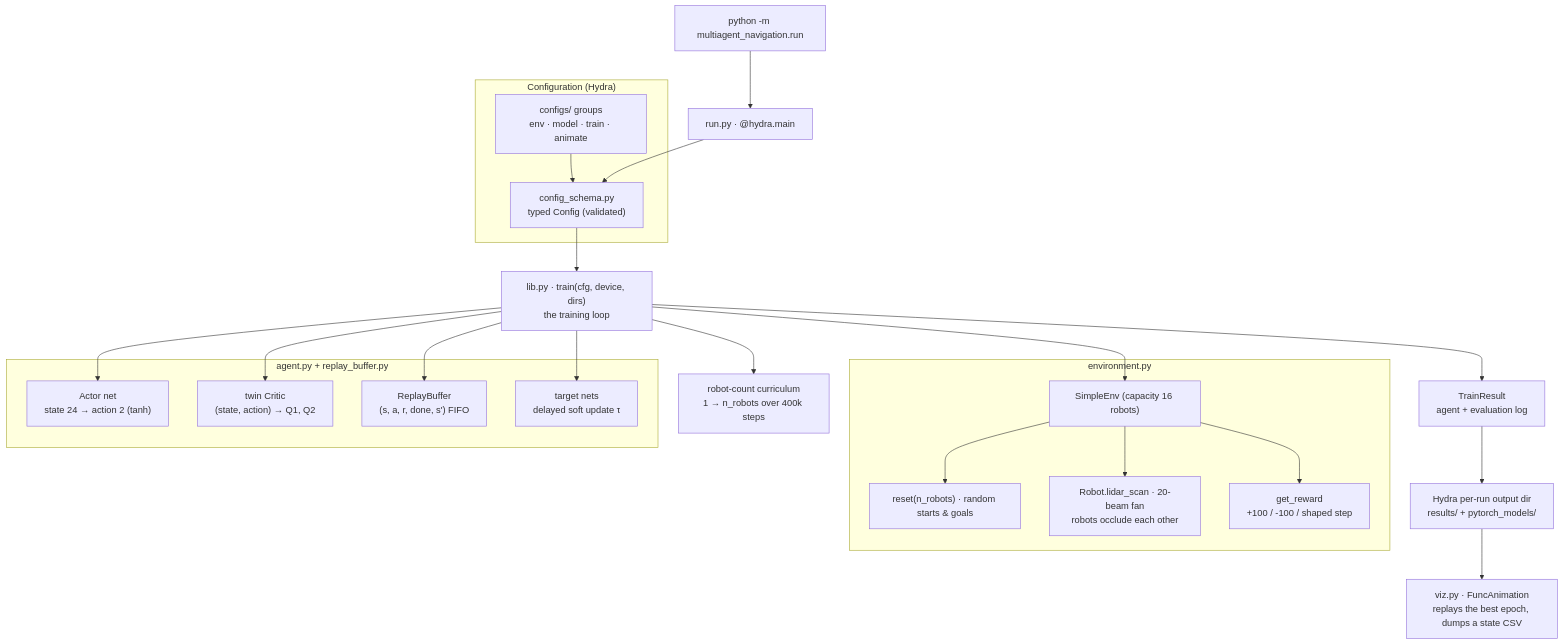
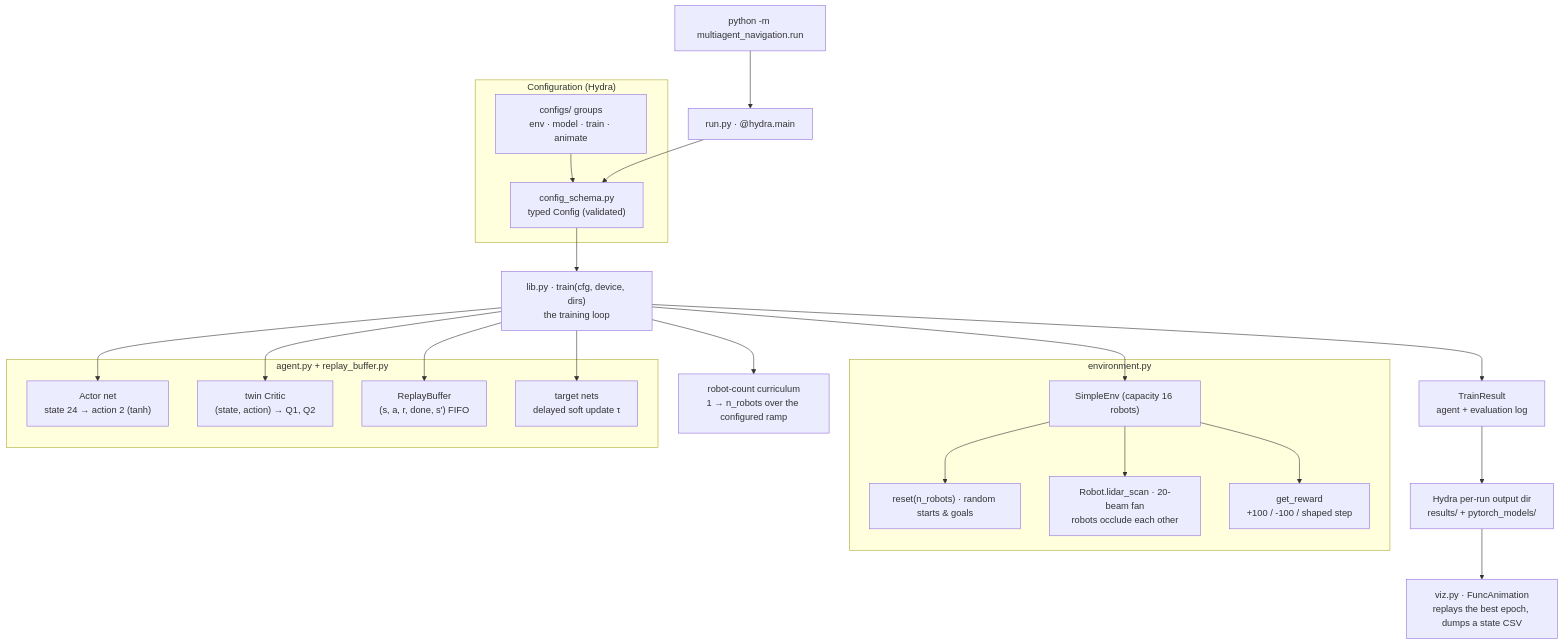
Before and after one commit to nikswir/multiagent-navigation: the diagram in docs/architecture.md, drawn with Mermaid. The commit also changed other lines of this file and 27 other files, not shown here.

````diff
--- a/docs/architecture.md
+++ b/docs/architecture.md
@@ -9,40 +9,40 @@
 ```mermaid
 graph TD
     CLI["python -m multiagent_navigation.run"] --> MAIN["run.py · @hydra.main"]
 
     subgraph Config["Configuration (Hydra)"]
         GROUPS["configs/ groups<br/>env · model · train · animate"]
         SCHEMA["config_schema.py<br/>typed Config (validated)"]
         GROUPS --> SCHEMA
     end
 
     MAIN --> SCHEMA
     SCHEMA --> TRAIN["lib.py · train(cfg, device, dirs)<br/>the training loop"]
 
     subgraph Env["environment.py"]
         ENV["SimpleEnv (capacity 16 robots)"]
         RESET["reset(n_robots) · random starts & goals"]
         SCAN["Robot.lidar_scan · 20-beam fan<br/>robots occlude each other"]
         REWARD["get_reward<br/>+100 / -100 / shaped step"]
         ENV --> RESET
         ENV --> SCAN
         ENV --> REWARD
     end
 
     subgraph Agent["agent.py + replay_buffer.py"]
         ACTOR["Actor net<br/>state 24 → action 2 (tanh)"]
         CRITIC["twin Critic<br/>(state, action) → Q1, Q2"]
         BUFFER["ReplayBuffer<br/>(s, a, r, done, s') FIFO"]
         TARGETS["target nets<br/>delayed soft update τ"]
     end
 
     TRAIN --> ENV
-    TRAIN --> CURR["robot-count curriculum<br/>1 → n_robots over 400k steps"]
+    TRAIN --> CURR["robot-count curriculum<br/>1 → n_robots over the configured ramp"]
     TRAIN --> ACTOR
     TRAIN --> CRITIC
     TRAIN --> BUFFER
     TRAIN --> TARGETS
     TRAIN --> RESULT["TrainResult<br/>agent + evaluation log"]
     RESULT --> OUT["Hydra per-run output dir<br/>results/ + pytorch_models/"]
     OUT --> VIZ["viz.py · FuncAnimation<br/>replays the best epoch, dumps a state CSV"]
 ```
````
